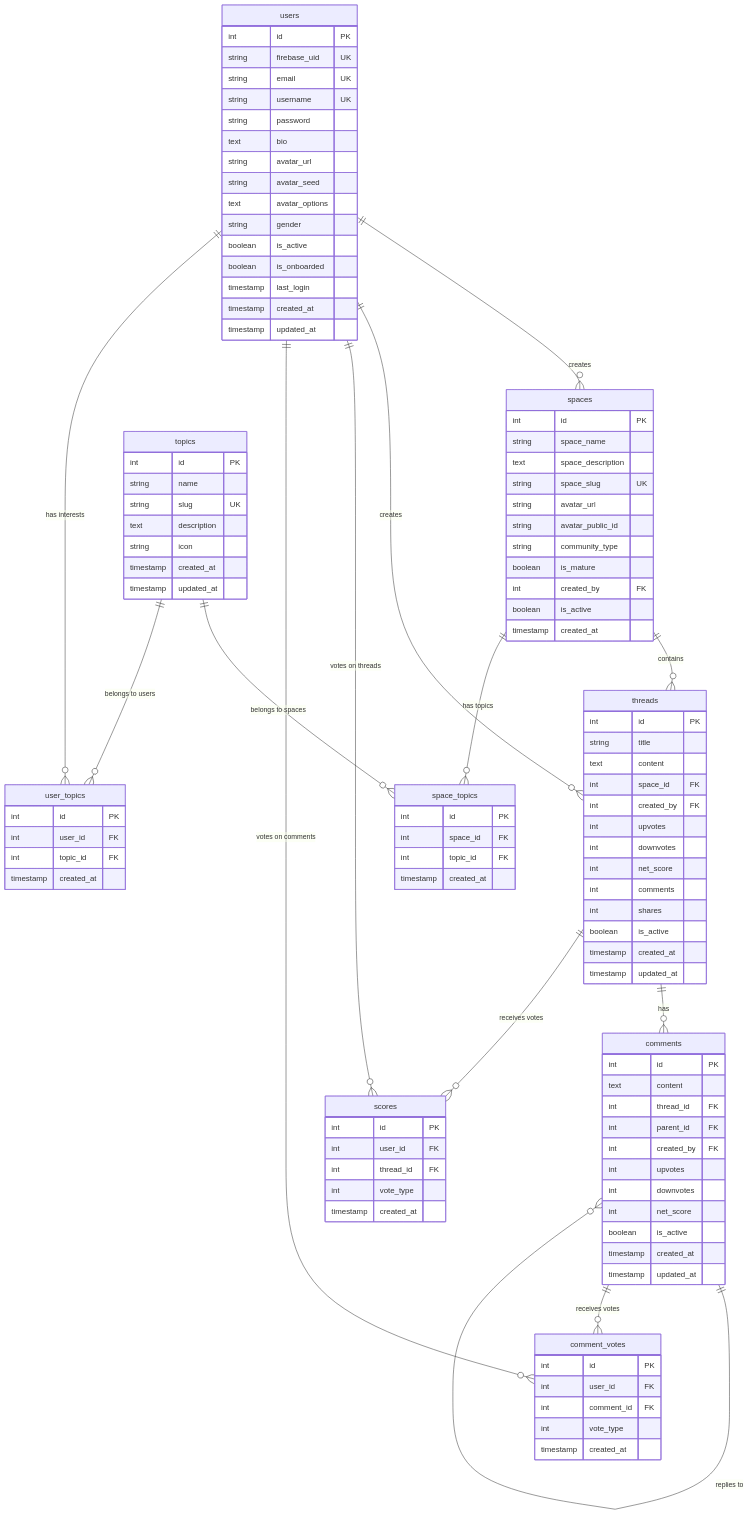
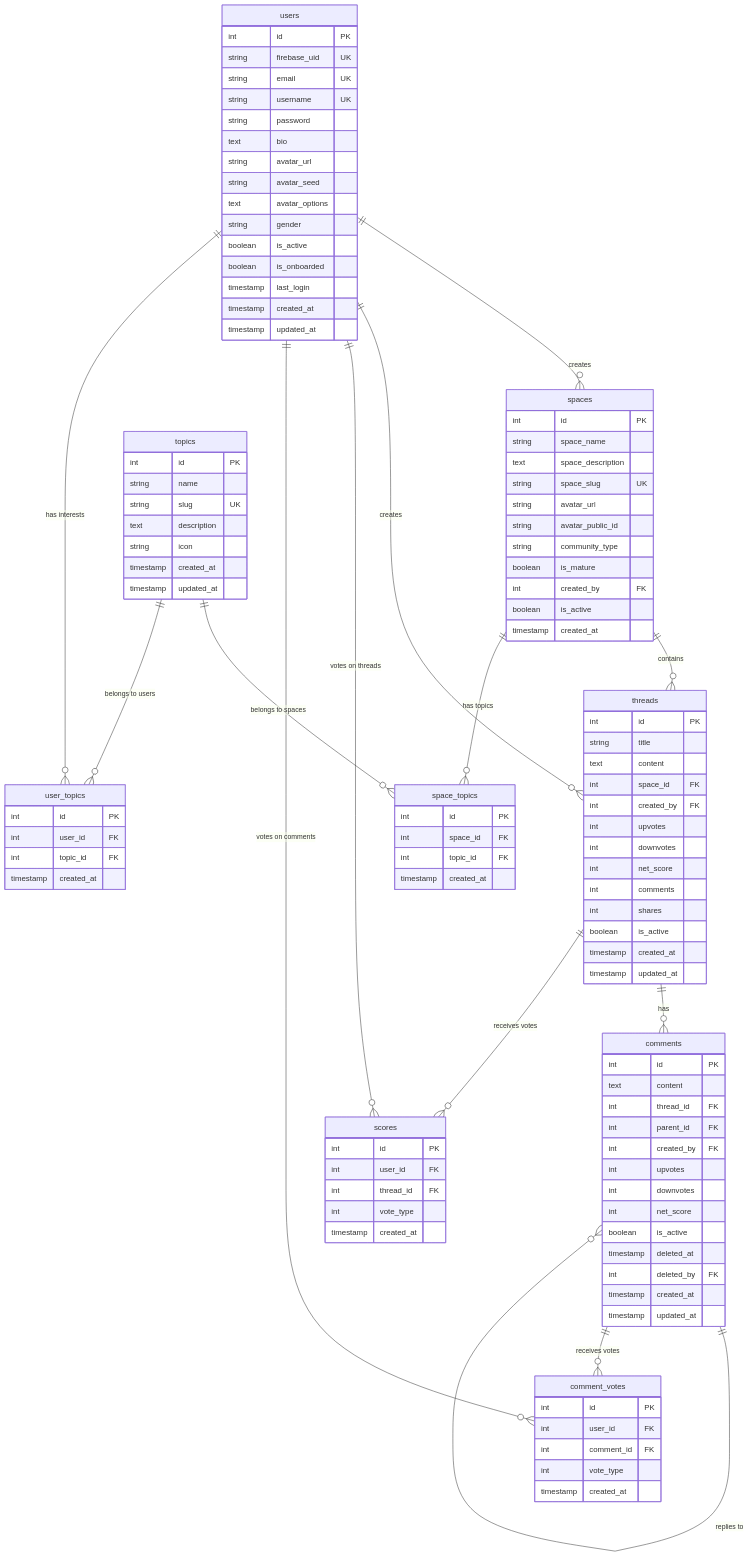
One commit to esamp001/Threadly changed the diagram in docs/global/database-schema.md. Above: the diagram before and after it, drawn with Mermaid. The commit also changed 24 other files, not shown here.

```diff
--- a/docs/global/database-schema.md
+++ b/docs/global/database-schema.md
@@ -72,6 +72,8 @@
         int downvotes
         int net_score
         boolean is_active
+        timestamp deleted_at
+        int deleted_by FK
         timestamp created_at
         timestamp updated_at
     }
```
